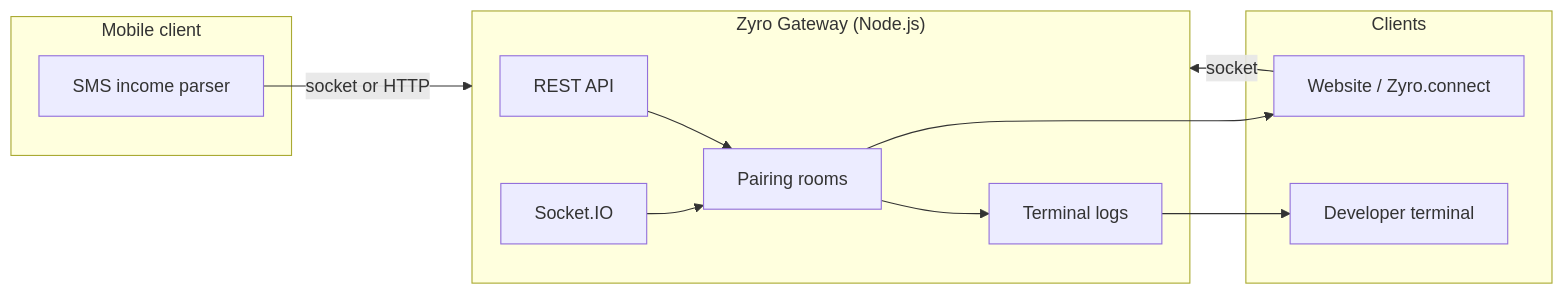
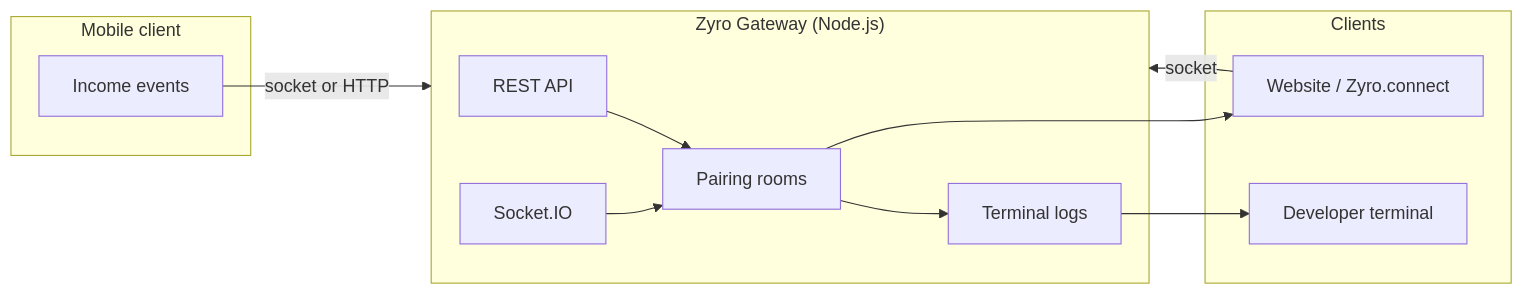
One commit to orod-codes/zyro-getway changed the diagram in README.md. Above: the diagram before and after it, drawn with Mermaid. The commit also changed other lines of this file, not shown here.

````diff
--- a/README.md
+++ b/README.md
@@ -170,26 +170,26 @@
 ```mermaid
 flowchart LR
   subgraph Phone["Mobile client"]
-    SMS[SMS income parser]
+    PAY[Income events]
   end
 
   subgraph Gateway["Zyro Gateway (Node.js)"]
     HTTP[REST API]
     WS[Socket.IO]
     ROOM[Pairing rooms]
     TERM[Terminal logs]
     HTTP --> ROOM
     WS --> ROOM
     ROOM --> TERM
   end
 
   subgraph Clients["Clients"]
     WEB[Website / Zyro.connect]
     TTY[Developer terminal]
   end
 
-  SMS -->|socket or HTTP| Gateway
+  PAY -->|socket or HTTP| Gateway
   WEB -->|socket| Gateway
   ROOM --> WEB
   TERM --> TTY
 ```
````
